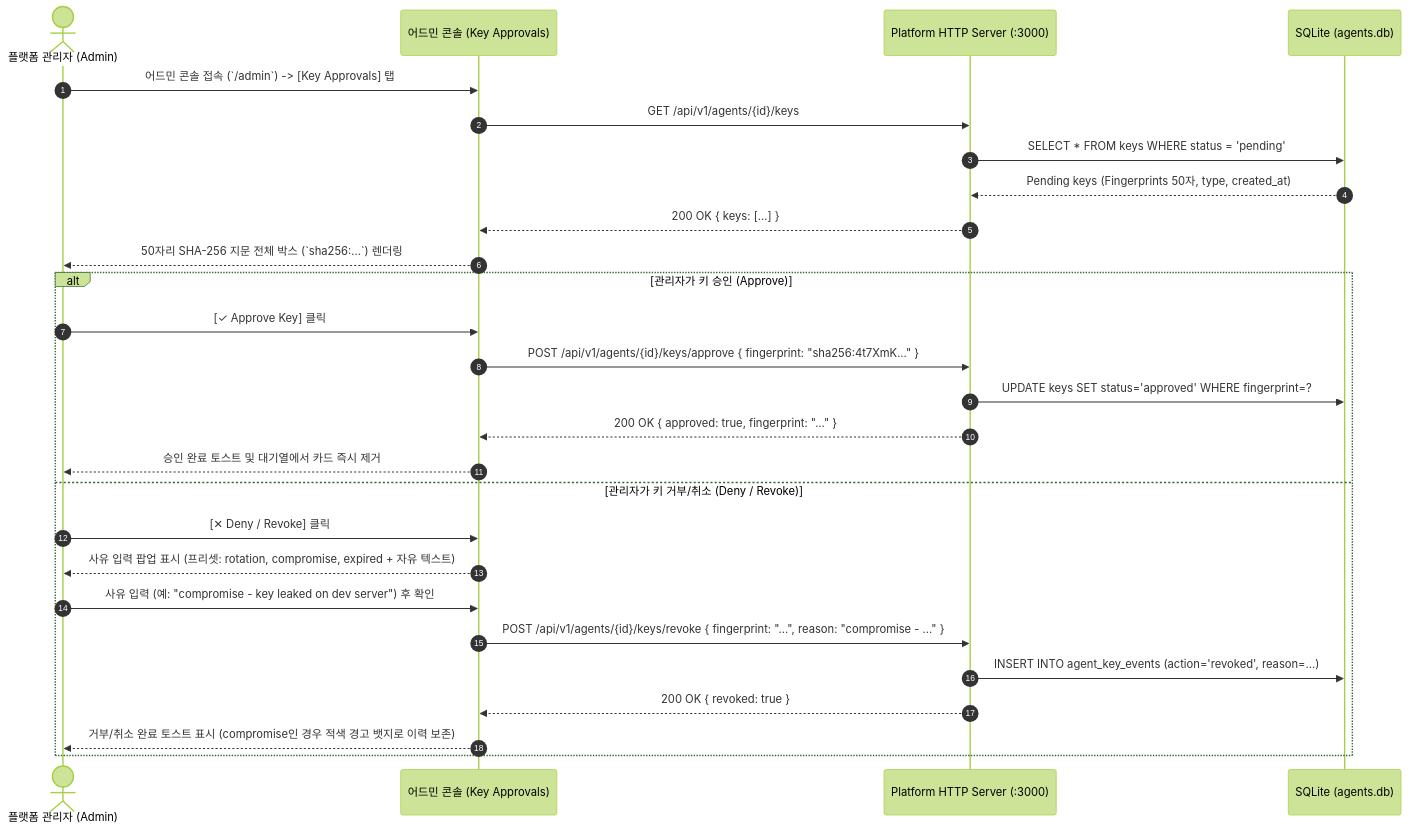
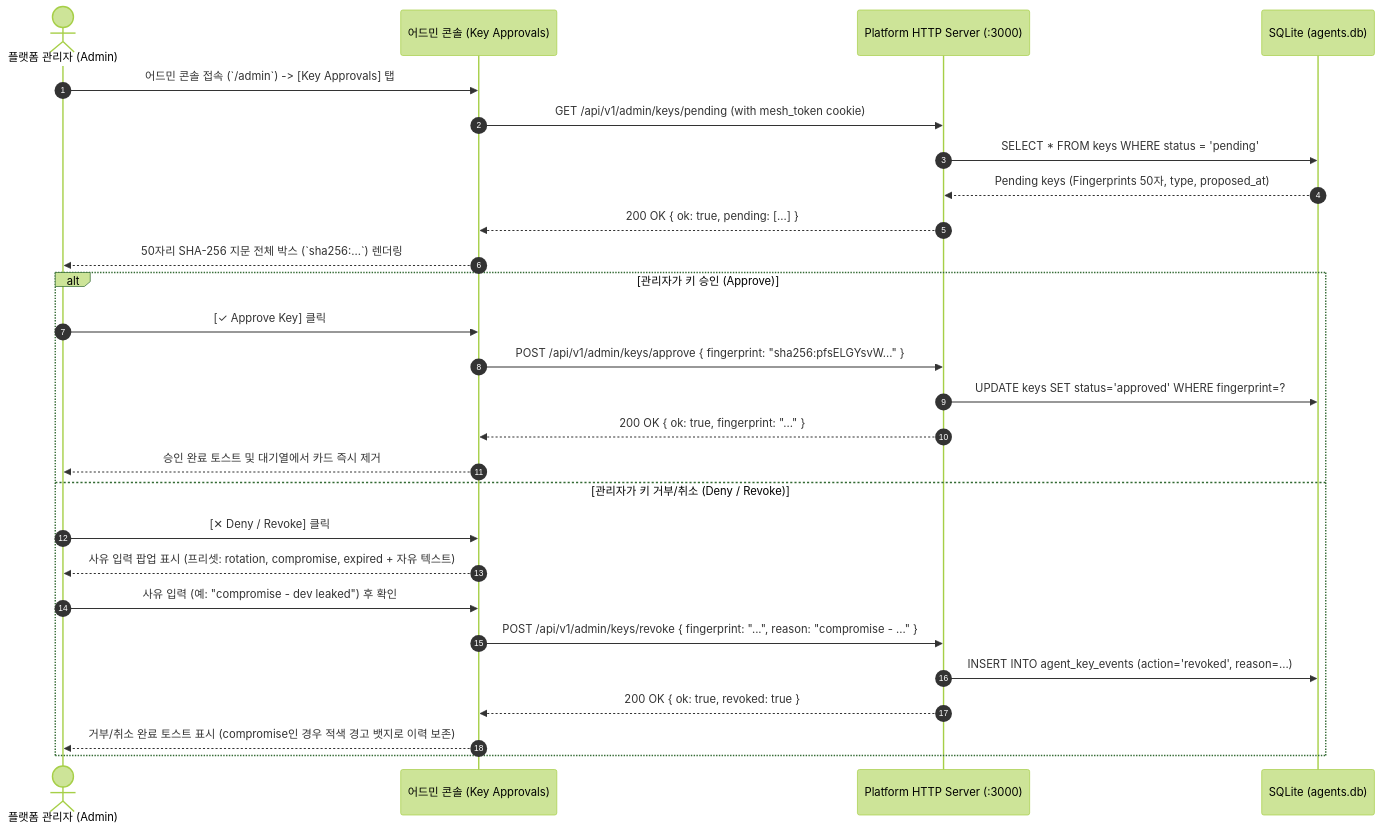
Before and after one commit to sir-mirr/agent-mesh-platform: the second of 6 diagrams in docs/operator-functional-spec.md, drawn with Mermaid (forest theme). The commit also changed other lines of this file, not shown here.

````diff
--- a/docs/operator-functional-spec.md
+++ b/docs/operator-functional-spec.md
@@ -71,31 +73,31 @@
 ```mermaid
 sequenceDiagram
     autonumber
     actor Admin as 플랫폼 관리자 (Admin)
     participant UI as 어드민 콘솔 (Key Approvals)
-    participant Hub as Platform HTTP Server (:3000)
+    participant HTTP as Platform HTTP Server (:3000)
     participant DB as SQLite (agents.db)
 
     Admin->>UI: 어드민 콘솔 접속 (`/admin`) -> [Key Approvals] 탭
-    UI->>Hub: GET /api/v1/agents/{id}/keys
-    Hub->>DB: SELECT * FROM keys WHERE status = 'pending'
-    DB-->>Hub: Pending keys (Fingerprints 50자, type, created_at)
-    Hub-->>UI: 200 OK { keys: [...] }
+    UI->>HTTP: GET /api/v1/admin/keys/pending (with mesh_token cookie)
+    HTTP->>DB: SELECT * FROM keys WHERE status = 'pending'
+    DB-->>HTTP: Pending keys (Fingerprints 50자, type, proposed_at)
+    HTTP-->>UI: 200 OK { ok: true, pending: [...] }
     UI-->>Admin: 50자리 SHA-256 지문 전체 박스 (`sha256:...`) 렌더링
 
     alt 관리자가 키 승인 (Approve)
         Admin->>UI: [✓ Approve Key] 클릭
-        UI->>Hub: POST /api/v1/agents/{id}/keys/approve { fingerprint: "sha256:4t7XmK..." }
-        Hub->>DB: UPDATE keys SET status='approved' WHERE fingerprint=?
-        Hub-->>UI: 200 OK { approved: true, fingerprint: "..." }
+        UI->>HTTP: POST /api/v1/admin/keys/approve { fingerprint: "sha256:pfsELGYsvW..." }
+        HTTP->>DB: UPDATE keys SET status='approved' WHERE fingerprint=?
+        HTTP-->>UI: 200 OK { ok: true, fingerprint: "..." }
         UI-->>Admin: 승인 완료 토스트 및 대기열에서 카드 즉시 제거
     else 관리자가 키 거부/취소 (Deny / Revoke)
         Admin->>UI: [✕ Deny / Revoke] 클릭
         UI-->>Admin: 사유 입력 팝업 표시 (프리셋: rotation, compromise, expired + 자유 텍스트)
-        Admin->>UI: 사유 입력 (예: "compromise - key leaked on dev server") 후 확인
-        UI->>Hub: POST /api/v1/agents/{id}/keys/revoke { fingerprint: "...", reason: "compromise - ..." }
-        Hub->>DB: INSERT INTO agent_key_events (action='revoked', reason=...)
-        Hub-->>UI: 200 OK { revoked: true }
+        Admin->>UI: 사유 입력 (예: "compromise - dev leaked") 후 확인
+        UI->>HTTP: POST /api/v1/admin/keys/revoke { fingerprint: "...", reason: "compromise - ..." }
+        HTTP->>DB: INSERT INTO agent_key_events (action='revoked', reason=...)
+        HTTP-->>UI: 200 OK { ok: true, revoked: true }
         UI-->>Admin: 거부/취소 완료 토스트 표시 (compromise인 경우 적색 경고 뱃지로 이력 보존)
     end
 ```
````
